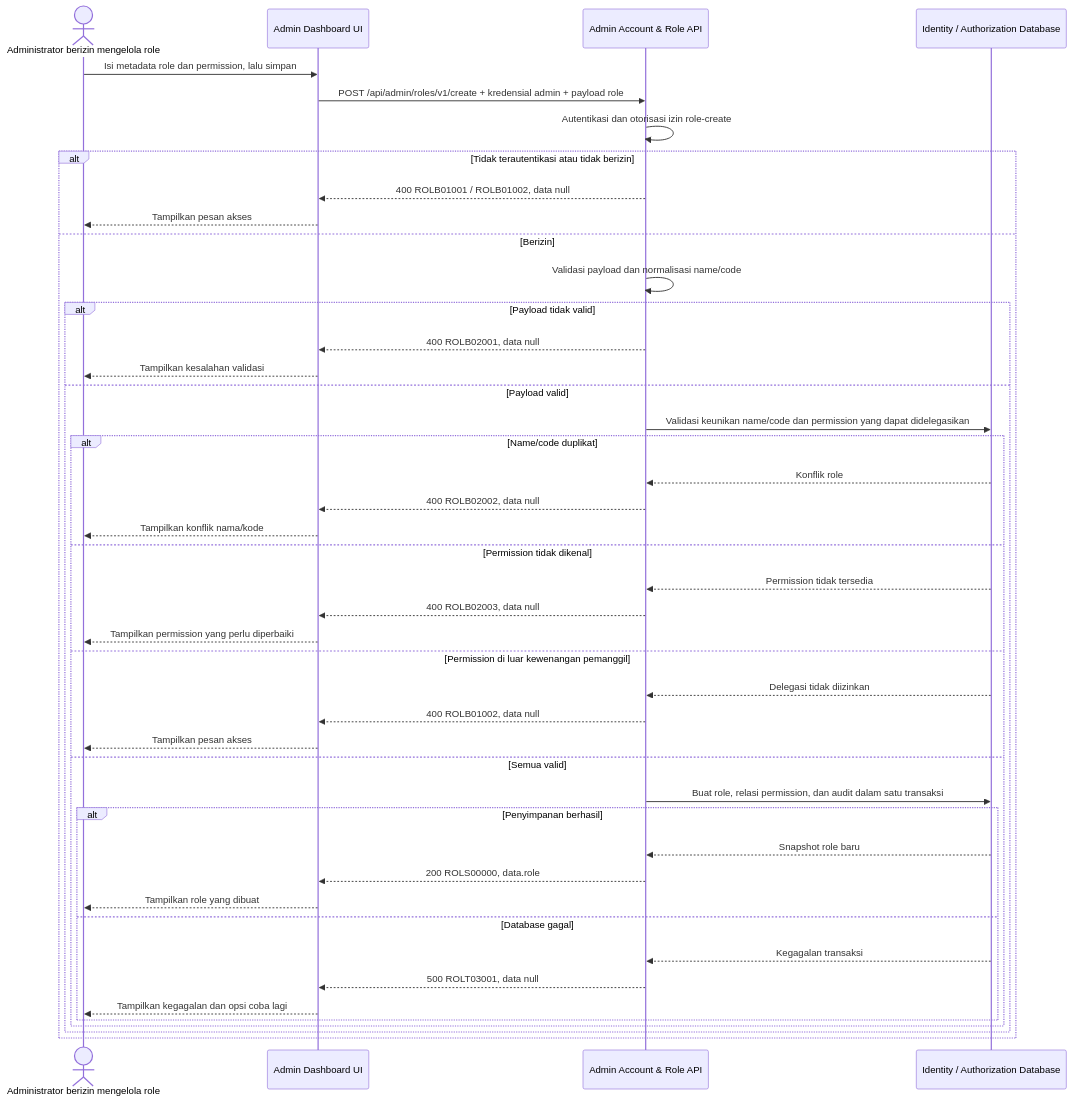
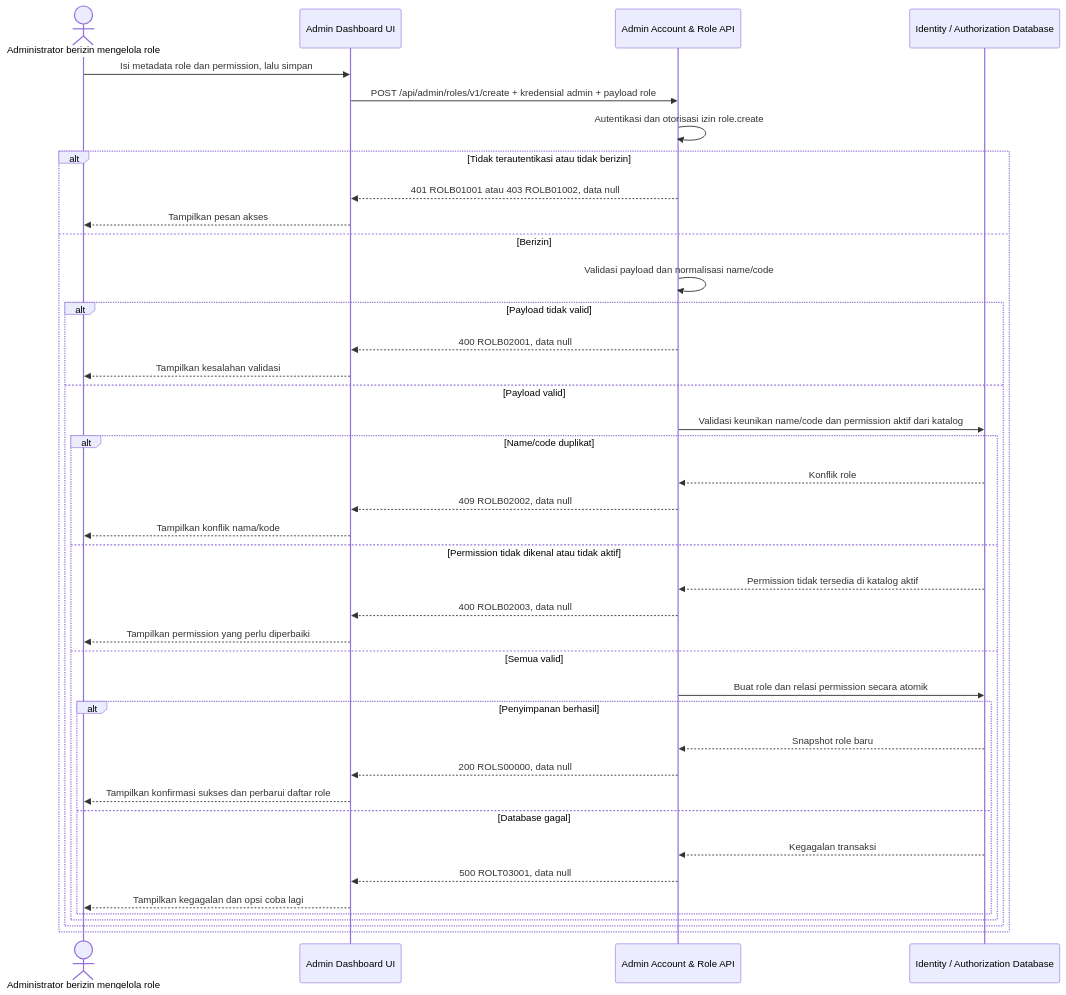
Before and after one commit to fatihmuhamadridho/docs-game-service-platform: the diagram in sprint-1/solutioning/dashboard/accounts-roles/create-role.md, drawn with Mermaid. The commit also changed other lines of this file and 32 other files, not shown here.

````diff
--- a/sprint-1/solutioning/dashboard/accounts-roles/create-role.md
+++ b/sprint-1/solutioning/dashboard/accounts-roles/create-role.md
@@ -14,46 +14,42 @@
 ```mermaid
 sequenceDiagram
     actor Admin as Administrator berizin mengelola role
     participant UI as Admin Dashboard UI
     participant API as Admin Account & Role API
     participant DB as Identity / Authorization Database
     Admin->>UI: Isi metadata role dan permission, lalu simpan
     UI->>API: POST /api/admin/roles/v1/create + kredensial admin + payload role
-    API->>API: Autentikasi dan otorisasi izin role-create
+    API->>API: Autentikasi dan otorisasi izin role.create
     alt Tidak terautentikasi atau tidak berizin
-        API-->>UI: 400 ROLB01001 / ROLB01002, data null
+        API-->>UI: 401 ROLB01001 atau 403 ROLB01002, data null
         UI-->>Admin: Tampilkan pesan akses
     else Berizin
         API->>API: Validasi payload dan normalisasi name/code
         alt Payload tidak valid
             API-->>UI: 400 ROLB02001, data null
             UI-->>Admin: Tampilkan kesalahan validasi
         else Payload valid
-            API->>DB: Validasi keunikan name/code dan permission yang dapat didelegasikan
+            API->>DB: Validasi keunikan name/code dan permission aktif dari katalog
             alt Name/code duplikat
                 DB-->>API: Konflik role
-                API-->>UI: 400 ROLB02002, data null
+                API-->>UI: 409 ROLB02002, data null
                 UI-->>Admin: Tampilkan konflik nama/kode
-            else Permission tidak dikenal
-                DB-->>API: Permission tidak tersedia
+            else Permission tidak dikenal atau tidak aktif
+                DB-->>API: Permission tidak tersedia di katalog aktif
                 API-->>UI: 400 ROLB02003, data null
                 UI-->>Admin: Tampilkan permission yang perlu diperbaiki
-            else Permission di luar kewenangan pemanggil
-                DB-->>API: Delegasi tidak diizinkan
-                API-->>UI: 400 ROLB01002, data null
-                UI-->>Admin: Tampilkan pesan akses
             else Semua valid
-                API->>DB: Buat role, relasi permission, dan audit dalam satu transaksi
+                API->>DB: Buat role dan relasi permission secara atomik
                 alt Penyimpanan berhasil
                     DB-->>API: Snapshot role baru
-                    API-->>UI: 200 ROLS00000, data.role
-                    UI-->>Admin: Tampilkan role yang dibuat
+                    API-->>UI: 200 ROLS00000, data null
+                    UI-->>Admin: Tampilkan konfirmasi sukses dan perbarui daftar role
                 else Database gagal
                     DB-->>API: Kegagalan transaksi
                     API-->>UI: 500 ROLT03001, data null
                     UI-->>Admin: Tampilkan kegagalan dan opsi coba lagi
                 end
             end
         end
     end
 ```
````
